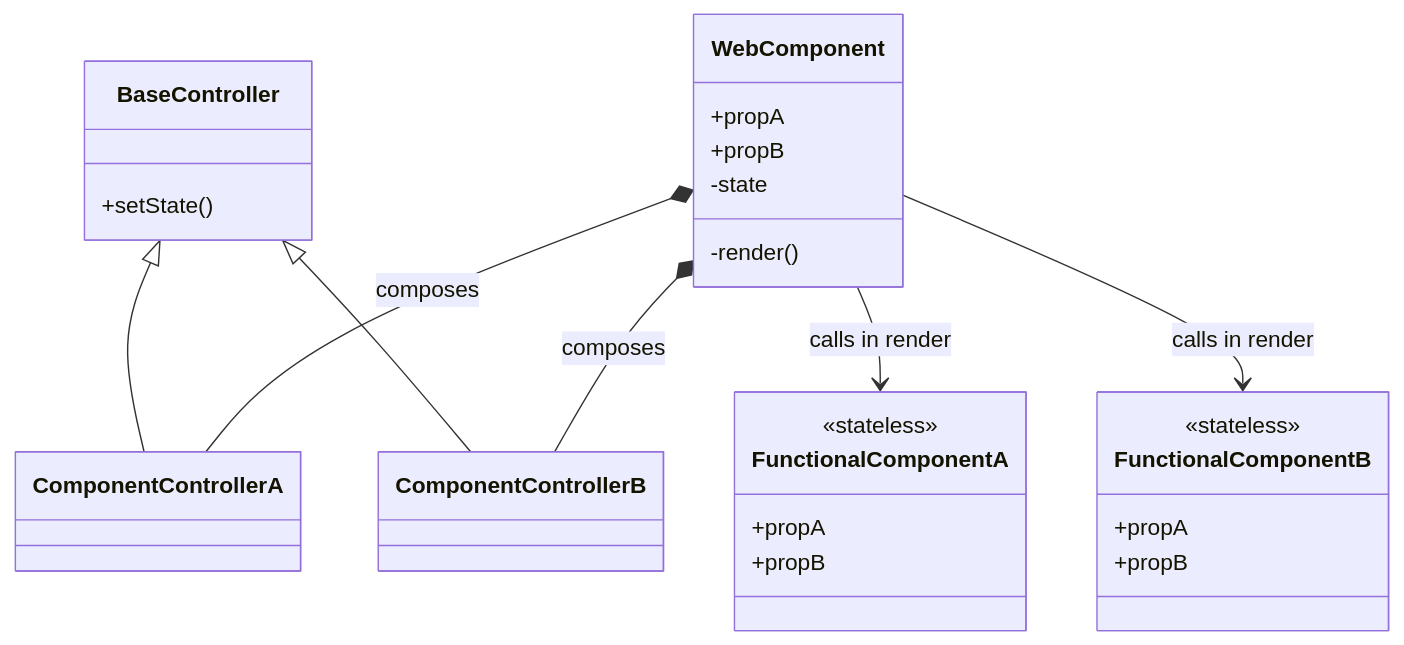
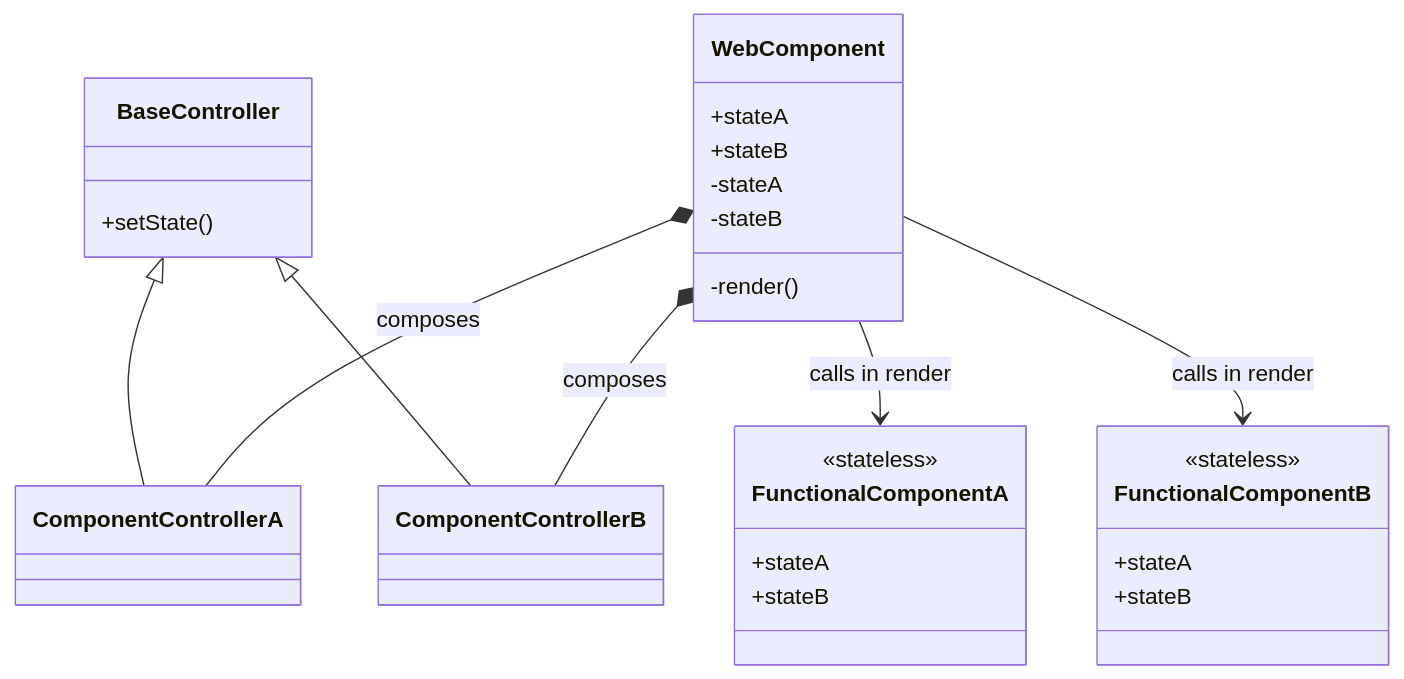
One commit to public-ui/kolibri changed the diagram in packages/components/AGENTS.md. Above: the diagram before and after it, drawn with Mermaid. The commit also changed other lines of this file, not shown here.

Commit message:
docs: rename FC props in diagram

````diff
--- a/packages/components/AGENTS.md
+++ b/packages/components/AGENTS.md
@@ -135,32 +135,33 @@
 ```mermaid
 classDiagram
     class WebComponent {
-        +propA
-        +propB
-        -state
+        +stateA
+        +stateB
+        -stateA
+        -stateB
         -render()
     }
     class BaseController {
         +setState()
     }
     class ComponentControllerA {
     }
     class ComponentControllerB {
     }
     BaseController <|-- ComponentControllerA
     BaseController <|-- ComponentControllerB
     class FunctionalComponentA {
-        +propA
-        +propB
+        +stateA
+        +stateB
         <<stateless>>
     }
     class FunctionalComponentB {
-        +propA
-        +propB
+        +stateA
+        +stateB
         <<stateless>>
     }
     WebComponent *-- ComponentControllerA : composes
     WebComponent *-- ComponentControllerB : composes
     WebComponent --> FunctionalComponentA : calls in render
     WebComponent --> FunctionalComponentB : calls in render
 ```
````
